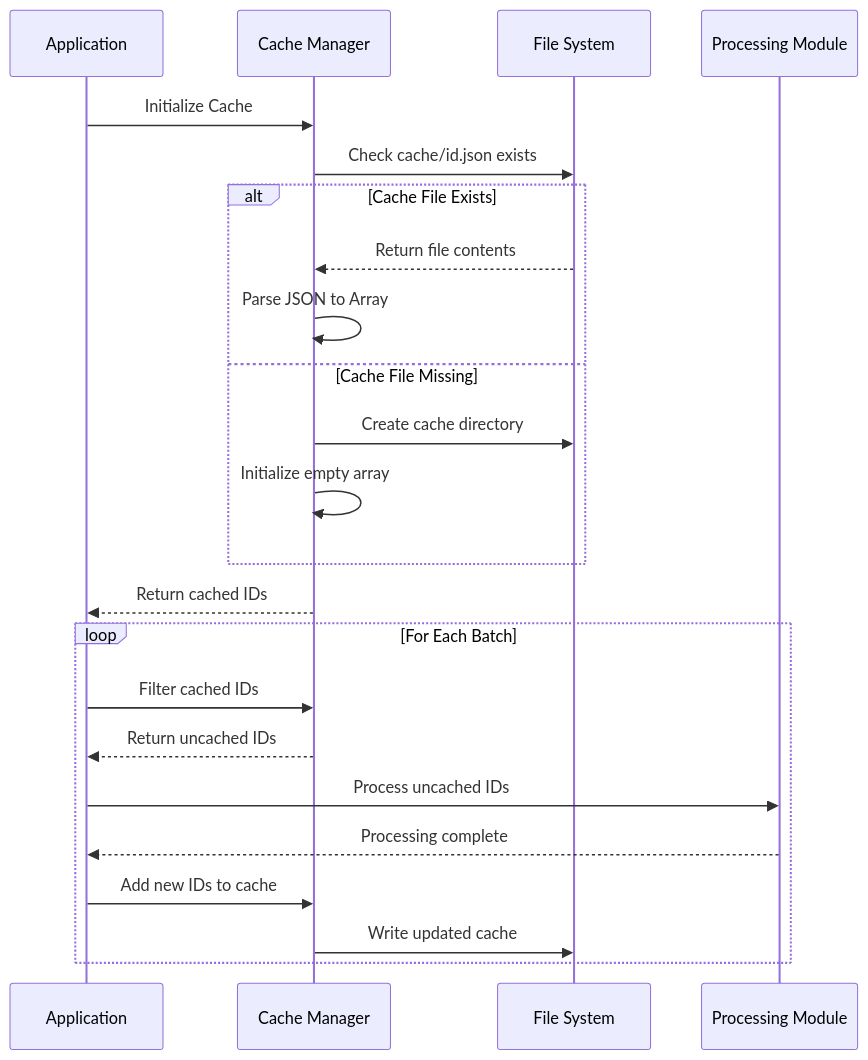
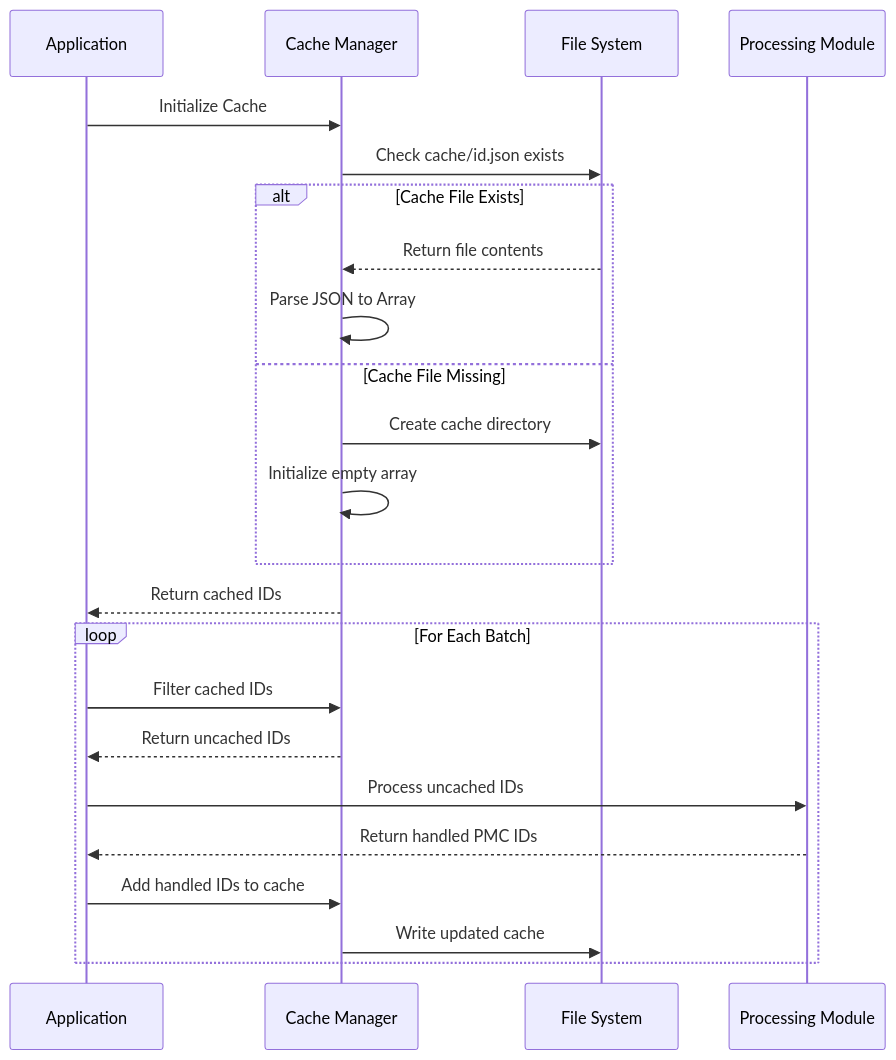
The eighth of 12 diagrams in docs/architecture/pipelines.md (AlexJSully/Publication-Figure-Retrieval), drawn with Mermaid before and after one commit. The commit also changed other lines of this file and 28 other files, not shown here.

First line of the commit message:
Fix unable to retrieve figure publication images (#242)

````diff
--- a/docs/architecture/pipelines.md
+++ b/docs/architecture/pipelines.md
@@ -211,32 +232,32 @@
 ```mermaid
 sequenceDiagram
     accTitle: Cache Read and Write Workflow
-    accDescr: The application initializes the cache, and the cache manager checks whether cache/id.json exists. If it exists, its contents are read and parsed into an array; if not, the cache directory is created and an empty array is initialized. For each batch the application filters cached IDs, processes the uncached IDs, and asks the cache manager to add the new IDs, which writes the updated cache to the file system.
+    accDescr: The application initializes the cache, and the cache manager checks whether cache/id.json exists. If it exists, its contents are read and parsed into an array; if not, the cache directory is created and an empty array is initialized. For each batch the application filters cached IDs and processes the uncached IDs. The processing module returns the PMC IDs of the articles it handled, and the application asks the cache manager to add only the batch IDs that match them, which writes the updated cache to the file system. Failed articles stay uncached and are retried on the next run.
 
     participant App as Application
     participant CM as Cache Manager
     participant FS as File System
     participant Proc as Processing Module
 
     App->>CM: Initialize Cache
     CM->>FS: Check cache/id.json exists
 
     alt Cache File Exists
         FS-->>CM: Return file contents
         CM->>CM: Parse JSON to Array
     else Cache File Missing
         CM->>FS: Create cache directory
         CM->>CM: Initialize empty array
     end
 
     CM-->>App: Return cached IDs
 
     loop For Each Batch
         App->>CM: Filter cached IDs
         CM-->>App: Return uncached IDs
         App->>Proc: Process uncached IDs
-        Proc-->>App: Processing complete
-        App->>CM: Add new IDs to cache
+        Proc-->>App: Return handled PMC IDs
+        App->>CM: Add handled IDs to cache
         CM->>FS: Write updated cache
     end
 ```
````
